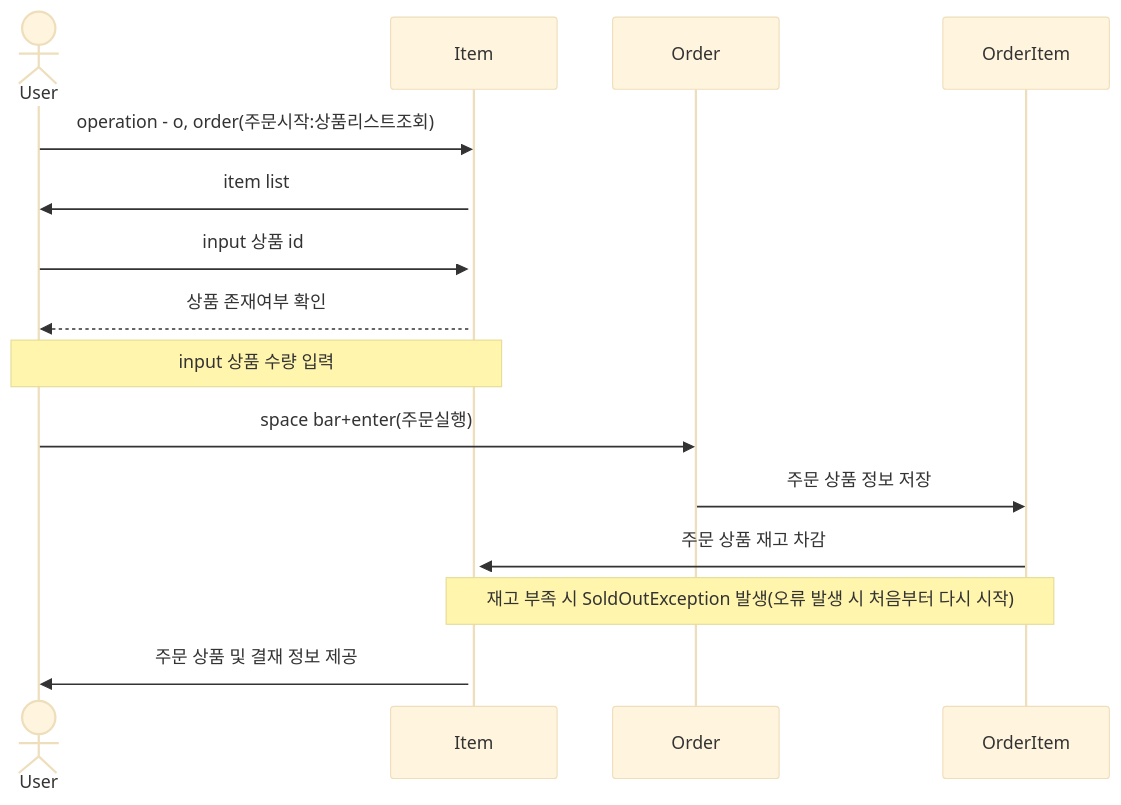
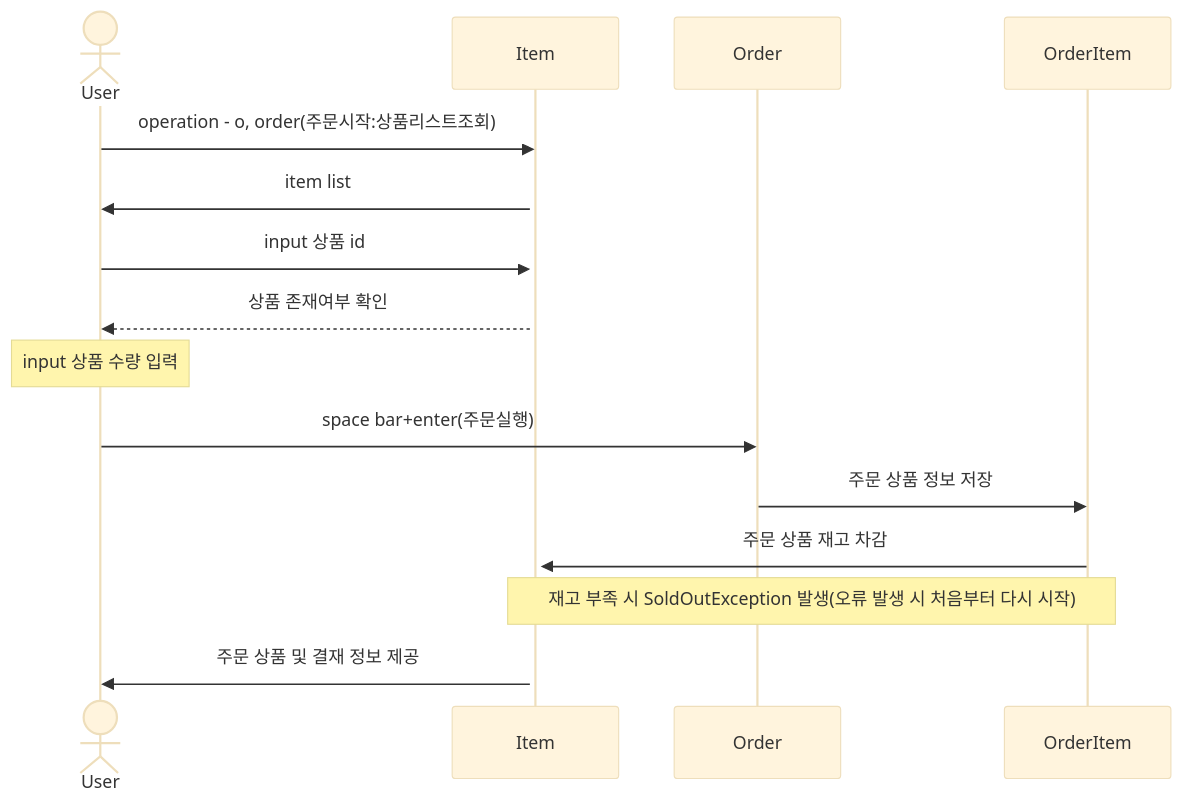
Before and after one commit to chaechaeyi/console_order_program: the diagram in README.md, drawn with Mermaid (base theme).

````diff
--- a/README.md
+++ b/README.md
@@ -22,18 +22,21 @@
 ```mermaid
 sequenceDiagram
     actor User
     participant Item
     participant Order
     participant OrderItem
     User->>Item: operation - o, order(주문시작:상품리스트조회)
     activate Item
     Item->>User: item list
+    
     User->>Item: input 상품 id
     Item-->>User: 상품 존재여부 확인
-    Note over User, Item: input 상품 수량 입력
+    Note over User: input 상품 수량 입력
     User->>Order: space bar+enter(주문실행)
+    
     Order->>OrderItem: 주문 상품 정보 저장
     OrderItem->>Item: 주문 상품 재고 차감
     Note over Item, OrderItem: 재고 부족 시 SoldOutException 발생(오류 발생 시 처음부터 다시 시작)  
+    
     Item->>User: 주문 상품 및 결재 정보 제공    
 ```
````
